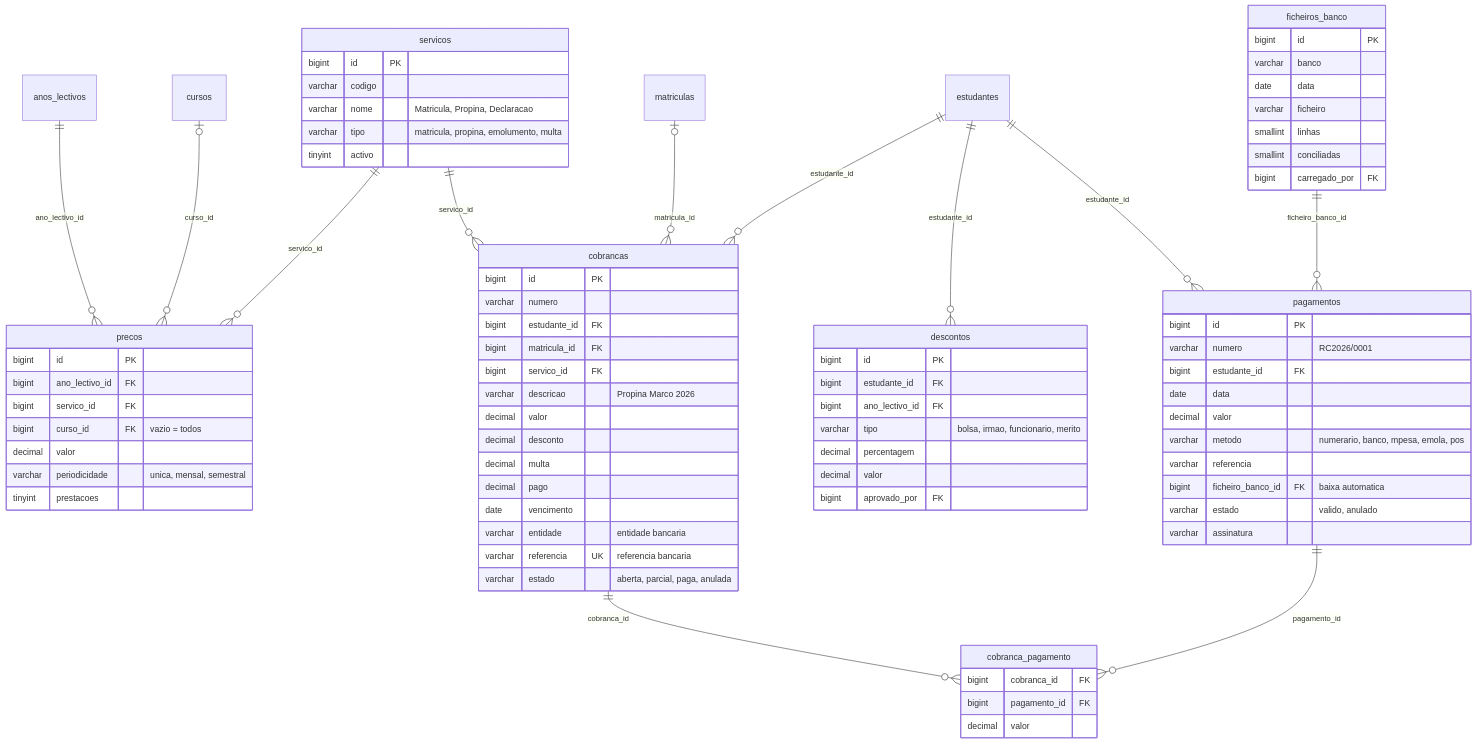
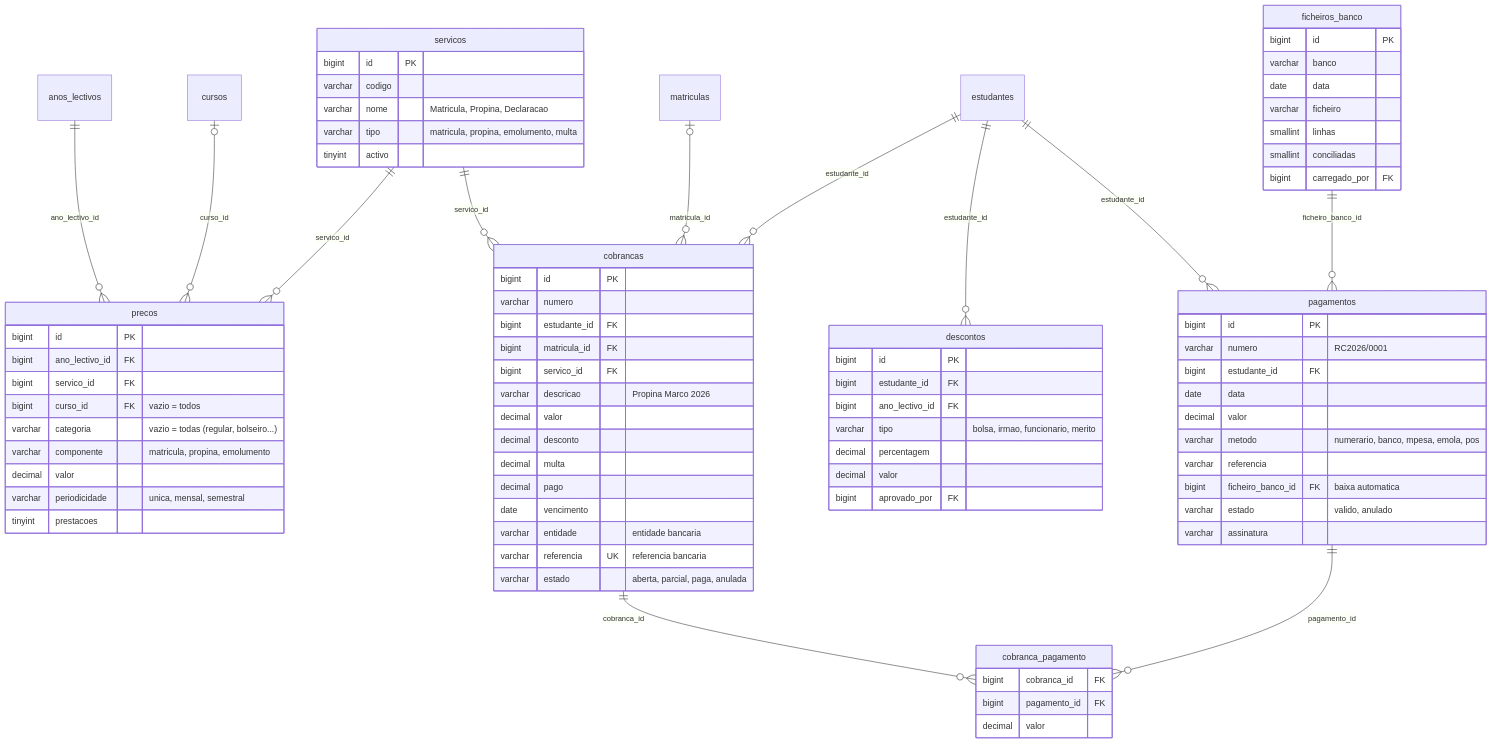
One commit to nunuDev-55/Sistema-de-faculdade-escola changed the seventh of 8 diagrams in docs/04-base-de-dados.md. Above: the diagram before and after it, drawn with Mermaid. The commit also changed other lines of this file and 8 other files, not shown here.

```diff
--- a/docs/04-base-de-dados.md
+++ b/docs/04-base-de-dados.md
@@ -444,6 +478,8 @@
         bigint ano_lectivo_id FK
         bigint servico_id FK
         bigint curso_id FK "vazio = todos"
+        varchar categoria "vazio = todas (regular, bolseiro...)"
+        varchar componente "matricula, propina, emolumento"
         decimal valor
         varchar periodicidade "unica, mensal, semestral"
         tinyint prestacoes
```
